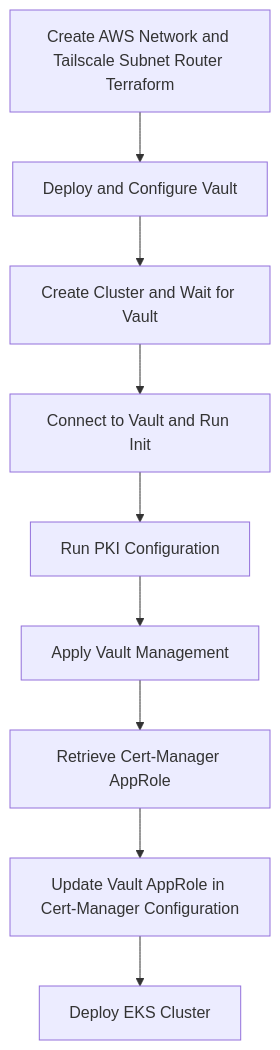
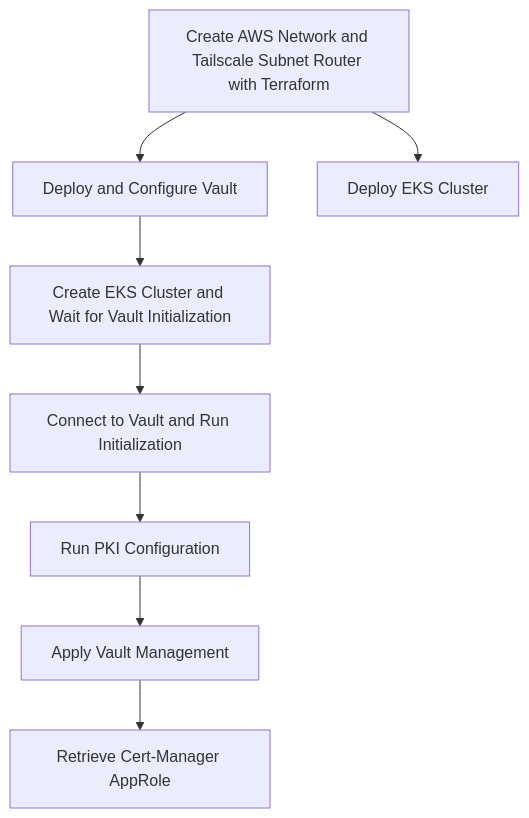
The diagram in dagger/README.md (Smana/cloud-native-ref), drawn with Mermaid before and after one commit. The commit also changed other lines of this file and 6 other files, not shown here.

````diff
--- a/dagger/README.md
+++ b/dagger/README.md
@@ -5,16 +7,14 @@
 ```mermaid
 graph TD
-    A[Create AWS Network and Tailscale Subnet Router Terraform]
+    A[Create AWS Network and Tailscale Subnet Router with Terraform]
 
     A --> B[Deploy and Configure Vault]
 
-    B --> B1[Create Cluster and Wait for Vault]
-    B1 --> B2[Connect to Vault and Run Init]
+    B --> B1[Create EKS Cluster and Wait for Vault Initialization]
+    B1 --> B2[Connect to Vault and Run Initialization]
     B2 --> B3[Run PKI Configuration]
     B3 --> B4[Apply Vault Management]
     B4 --> B5[Retrieve Cert-Manager AppRole]
-    B5 --> C[Update Vault AppRole in Cert-Manager Configuration]
 
-    C --> D[Deploy EKS Cluster]
-
+    A --> D[Deploy EKS Cluster]
 ```
````
